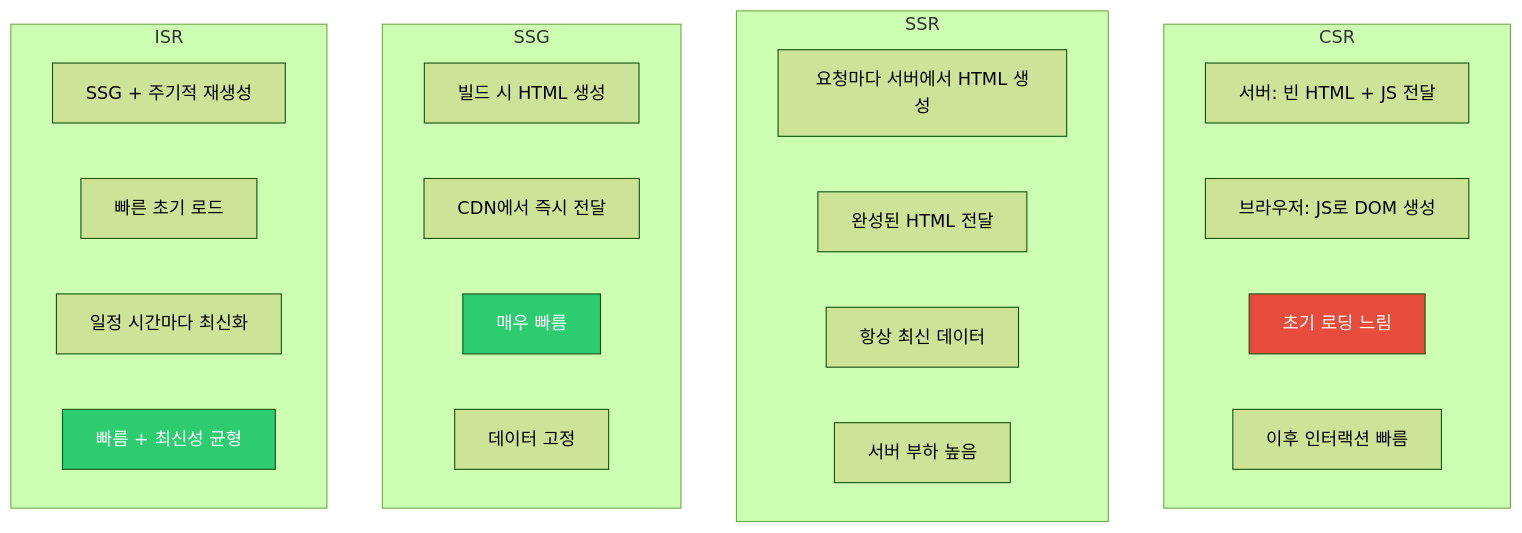
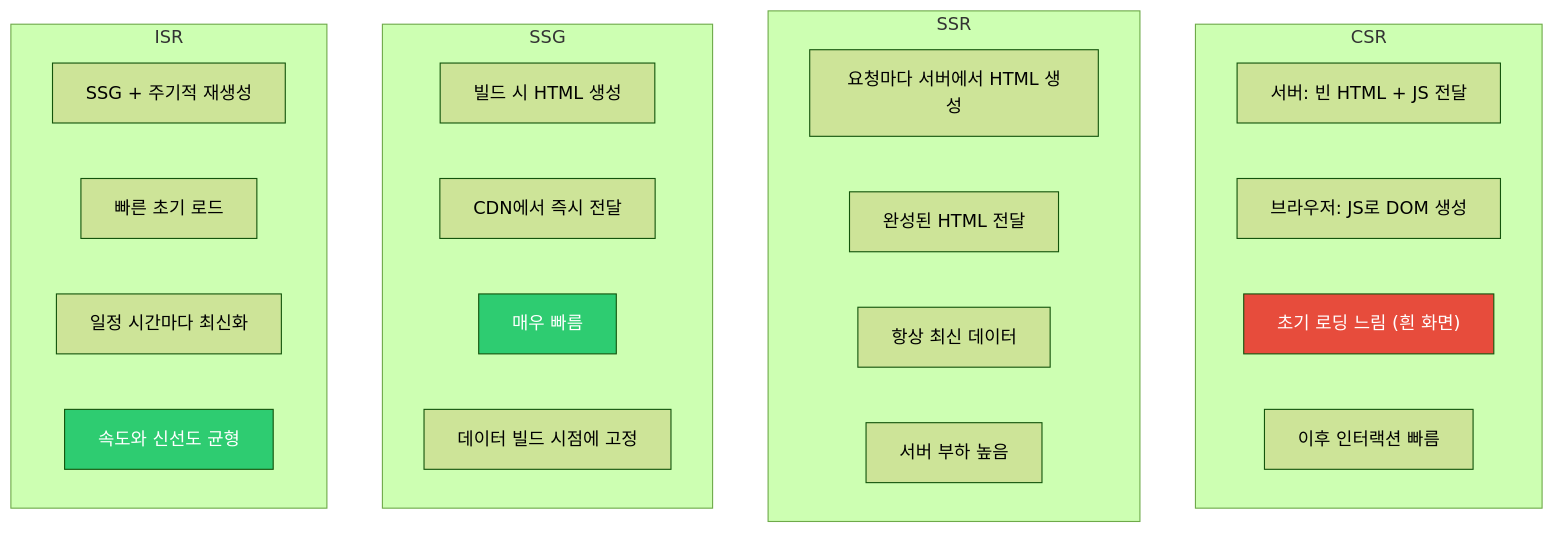
One commit to yjkim2015/yjkim2015.github.io changed the first of 6 diagrams in _posts/frontend/2026-05-02-nextjs-fundamentals.md. Above: the diagram before and after it, drawn with Mermaid (forest theme). The commit also changed other lines of this file and 122 other files, not shown here.

````diff
--- a/_posts/frontend/2026-05-02-nextjs-fundamentals.md
+++ b/_posts/frontend/2026-05-02-nextjs-fundamentals.md
@@ -23,34 +25,34 @@
 ```mermaid
 graph TD
     subgraph "CSR"
         CSR1["서버: 빈 HTML + JS 전달"]
         CSR2["브라우저: JS로 DOM 생성"]
-        CSR3["초기 로딩 느림"]
+        CSR3["초기 로딩 느림 (흰 화면)"]
         CSR4["이후 인터랙션 빠름"]
     end
 
     subgraph "SSR"
         SSR1["요청마다 서버에서 HTML 생성"]
         SSR2["완성된 HTML 전달"]
         SSR3["항상 최신 데이터"]
         SSR4["서버 부하 높음"]
     end
 
     subgraph "SSG"
         SSG1["빌드 시 HTML 생성"]
         SSG2["CDN에서 즉시 전달"]
         SSG3["매우 빠름"]
-        SSG4["데이터 고정"]
+        SSG4["데이터 빌드 시점에 고정"]
     end
 
     subgraph "ISR"
         ISR1["SSG + 주기적 재생성"]
         ISR2["빠른 초기 로드"]
         ISR3["일정 시간마다 최신화"]
-        ISR4["빠름 + 최신성 균형"]
+        ISR4["속도와 신선도 균형"]
     end
 
     style CSR3 fill:#e74c3c,color:#fff
     style SSG3 fill:#2ecc71,color:#fff
     style ISR4 fill:#2ecc71,color:#fff
 ```
````
